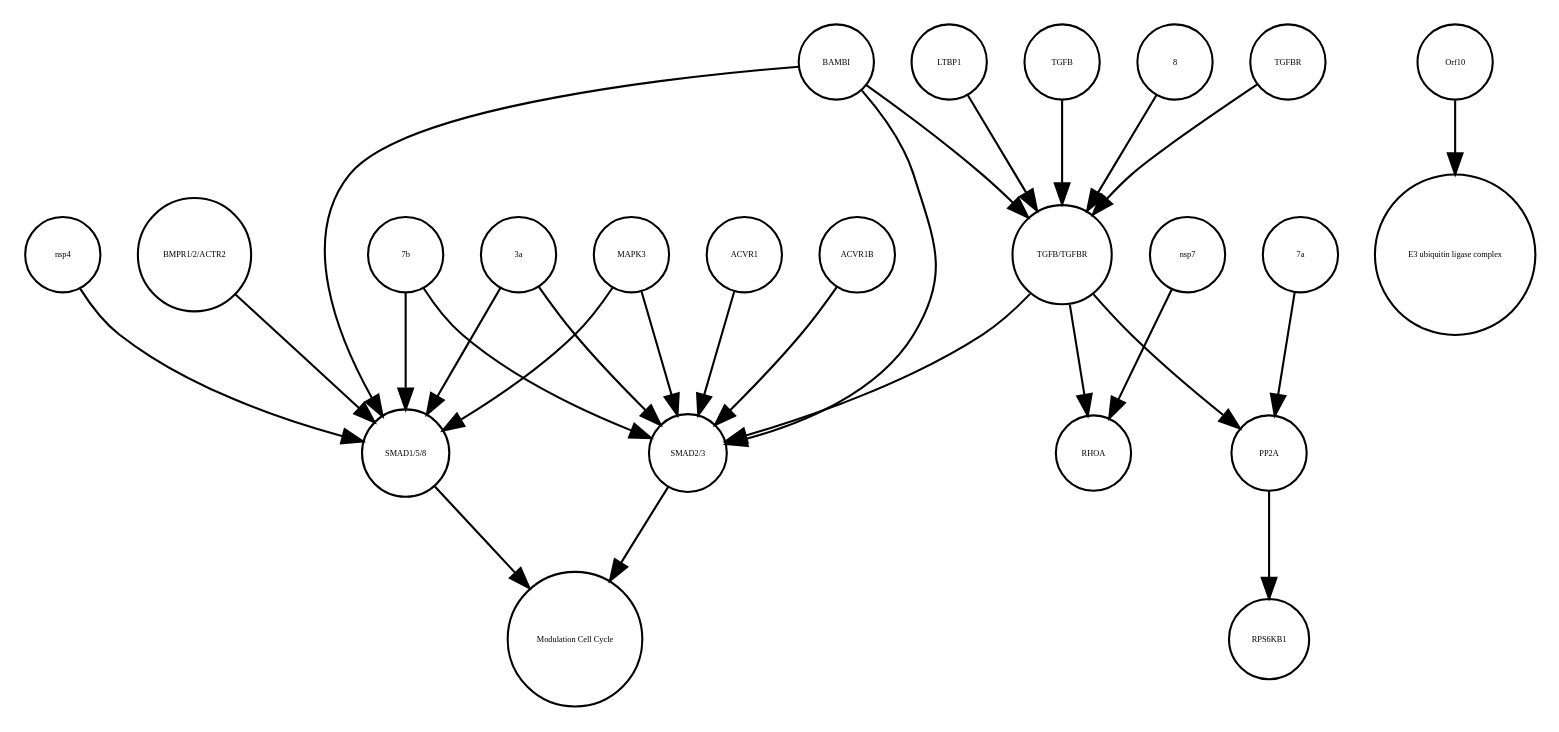
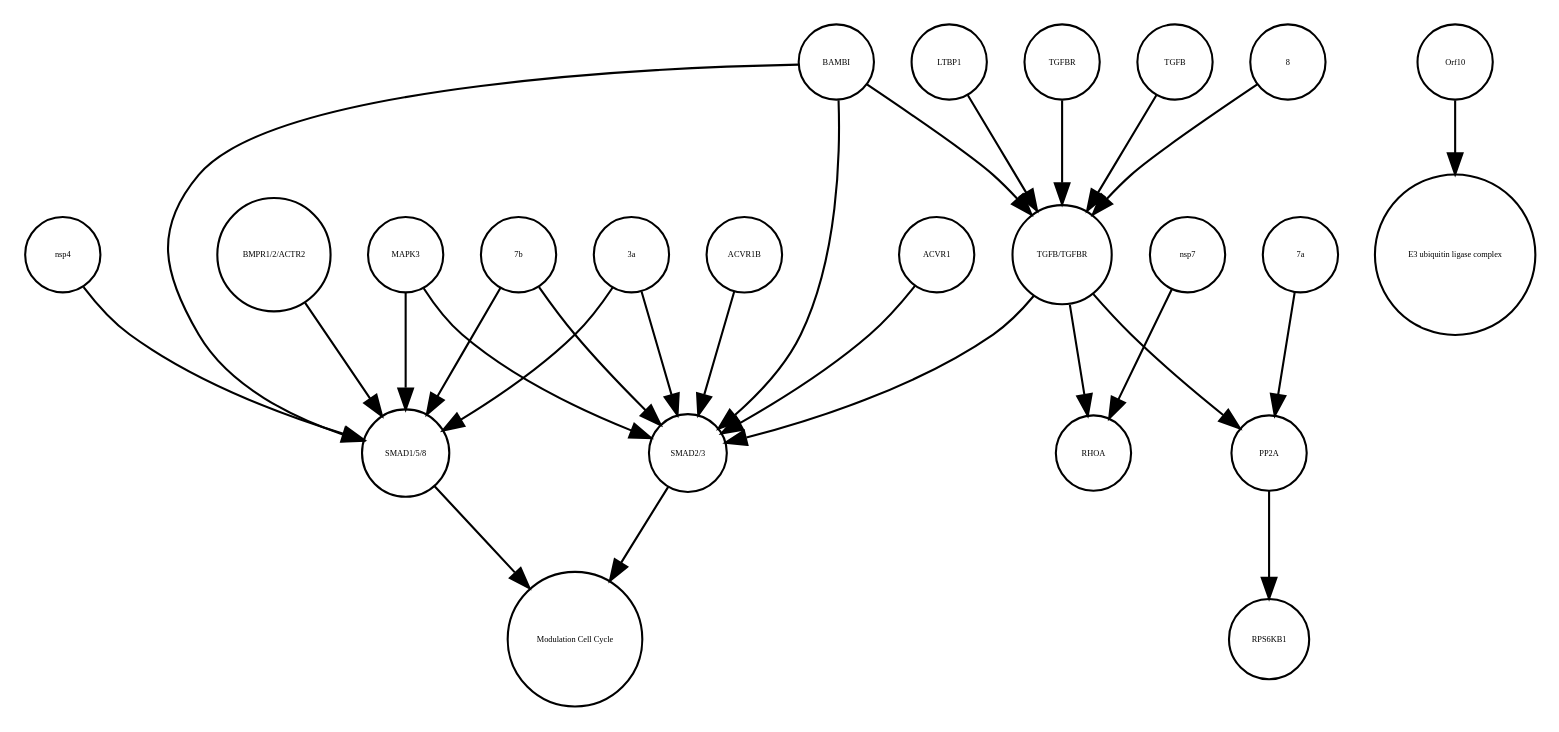
Before and after one commit to cannin/covid19-sbgn: the diagram in TGFB_pathway_stable.xml_projected.dot, drawn with Graphviz. The commit also changed other lines of this file and 564 other files, not shown here.

```diff
--- a/TGFB_pathway_stable.xml_projected.dot
+++ b/TGFB_pathway_stable.xml_projected.dot
@@ -1,51 +1,51 @@
 strict digraph  {
 "SMAD1/5/8" [annotation="", bipartite=0, cls=complex, fontsize=4, label="SMAD1/5/8", shape=circle];
 "Modulation Cell Cycle" [annotation="", bipartite=0, cls=phenotype, fontsize=4, label="Modulation Cell Cycle", shape=circle];
 "SMAD2/3" [annotation="", bipartite=0, cls=complex, fontsize=4, label="SMAD2/3", shape=circle];
+MAPK3 [annotation="", bipartite=0, cls=macromolecule, fontsize=4, label=MAPK3, shape=circle];
+RPS6KB1 [annotation="", bipartite=0, cls=macromolecule, fontsize=4, label=RPS6KB1, shape=circle];
 "E3 ubiquitin ligase complex" [annotation="", bipartite=0, cls=complex, fontsize=4, label="E3 ubiquitin ligase complex", shape=circle];
-RPS6KB1 [annotation="", bipartite=0, cls=macromolecule, fontsize=4, label=RPS6KB1, shape=circle];
+nsp4 [annotation="", bipartite=0, cls=macromolecule, fontsize=4, label=nsp4, shape=circle];
+TGFBR [annotation="", bipartite=0, cls=complex, fontsize=4, label=TGFBR, shape=circle];
 RHOA [annotation="", bipartite=0, cls=macromolecule, fontsize=4, label=RHOA, shape=circle];
 TGFB [annotation="", bipartite=0, cls=macromolecule, fontsize=4, label=TGFB, shape=circle];
-nsp4 [annotation="", bipartite=0, cls=macromolecule, fontsize=4, label=nsp4, shape=circle];
-"BMPR1/2/ACTR2" [annotation="", bipartite=0, cls=complex, fontsize=4, label="BMPR1/2/ACTR2", shape=circle];
 8 [annotation="", bipartite=0, cls=macromolecule, fontsize=4, label=8, shape=circle];
-"7b" [annotation="", bipartite=0, cls=macromolecule, fontsize=4, label="7b", shape=circle];
-ACVR1 [annotation="", bipartite=0, cls=macromolecule, fontsize=4, label=ACVR1, shape=circle];
-"3a" [annotation="", bipartite=0, cls=macromolecule, fontsize=4, label="3a", shape=circle];
+"7a" [annotation="", bipartite=0, cls=macromolecule, fontsize=4, label="7a", shape=circle];
+PP2A [annotation="", bipartite=0, cls=complex, fontsize=4, label=PP2A, shape=circle];
 ACVR1B [annotation="", bipartite=0, cls=macromolecule, fontsize=4, label=ACVR1B, shape=circle];
 BAMBI [annotation="", bipartite=0, cls=macromolecule, fontsize=4, label=BAMBI, shape=circle];
+"BMPR1/2/ACTR2" [annotation="", bipartite=0, cls=complex, fontsize=4, label="BMPR1/2/ACTR2", shape=circle];
+Orf10 [annotation=urn_miriam_ncbiprotein_BCD58762, bipartite=0, cls=macromolecule, fontsize=4, label=Orf10, shape=circle];
+"7b" [annotation="", bipartite=0, cls=macromolecule, fontsize=4, label="7b", shape=circle];
+"3a" [annotation="", bipartite=0, cls=macromolecule, fontsize=4, label="3a", shape=circle];
+nsp7 [annotation="", bipartite=0, cls=macromolecule, fontsize=4, label=nsp7, shape=circle];
+ACVR1 [annotation="", bipartite=0, cls=macromolecule, fontsize=4, label=ACVR1, shape=circle];
+LTBP1 [annotation="", bipartite=0, cls=macromolecule, fontsize=4, label=LTBP1, shape=circle];
 "TGFB/TGFBR" [annotation="", bipartite=0, cls=complex, fontsize=4, label="TGFB/TGFBR", shape=circle];
-MAPK3 [annotation="", bipartite=0, cls=macromolecule, fontsize=4, label=MAPK3, shape=circle];
-PP2A [annotation="", bipartite=0, cls=complex, fontsize=4, label=PP2A, shape=circle];
-Orf10 [annotation=urn_miriam_ncbiprotein_BCD58762, bipartite=0, cls=macromolecule, fontsize=4, label=Orf10, shape=circle];
-nsp7 [annotation="", bipartite=0, cls=macromolecule, fontsize=4, label=nsp7, shape=circle];
-"7a" [annotation="", bipartite=0, cls=macromolecule, fontsize=4, label="7a", shape=circle];
-TGFBR [annotation="", bipartite=0, cls=complex, fontsize=4, label=TGFBR, shape=circle];
-LTBP1 [annotation="", bipartite=0, cls=macromolecule, fontsize=4, label=LTBP1, shape=circle];
 "SMAD1/5/8" -> "Modulation Cell Cycle"  [annotation="", interaction_type=stimulation];
 "SMAD2/3" -> "Modulation Cell Cycle"  [annotation="", interaction_type=stimulation];
+MAPK3 -> "SMAD2/3"  [annotation="urn_miriam_doi_10.1101%2F2020.06.17.156455", interaction_type=inhibition];
+MAPK3 -> "SMAD1/5/8"  [annotation="urn_miriam_doi_10.1101%2F2020.06.17.156455", interaction_type=inhibition];
+nsp4 -> "SMAD1/5/8"  [annotation="urn_miriam_doi_10.1101%2F2020.06.17.156455", interaction_type=stimulation];
+TGFBR -> "TGFB/TGFBR"  [annotation="", interaction_type=production];
 TGFB -> "TGFB/TGFBR"  [annotation="", interaction_type=production];
-nsp4 -> "SMAD1/5/8"  [annotation="urn_miriam_doi_10.1101%2F2020.06.17.156455", interaction_type=stimulation];
+8 -> "TGFB/TGFBR"  [annotation="urn_miriam_doi_10.1101%2F2020.06.17.156455", interaction_type=stimulation];
+"7a" -> PP2A  [annotation="urn_miriam_doi_10.1101%2F2020.03.31.019216", interaction_type=stimulation];
+PP2A -> RPS6KB1  [annotation="", interaction_type=catalysis];
+ACVR1B -> "SMAD2/3"  [annotation="urn_miriam_doi_10.1101%2F2020.06.17.156455", interaction_type=catalysis];
+BAMBI -> "SMAD2/3"  [annotation="urn_miriam_doi_10.1101%2F2020.06.17.156455", interaction_type=inhibition];
+BAMBI -> "TGFB/TGFBR"  [annotation="urn_miriam_doi_10.1101%2F2020.06.17.156455", interaction_type=inhibition];
+BAMBI -> "SMAD1/5/8"  [annotation="urn_miriam_doi_10.1101%2F2020.06.17.156455", interaction_type=inhibition];
 "BMPR1/2/ACTR2" -> "SMAD1/5/8"  [annotation="urn_miriam_doi_10.1101%2F2020.06.17.156455", interaction_type=catalysis];
-8 -> "TGFB/TGFBR"  [annotation="urn_miriam_doi_10.1101%2F2020.06.17.156455", interaction_type=stimulation];
+Orf10 -> "E3 ubiquitin ligase complex"  [annotation="", interaction_type=production];
 "7b" -> "SMAD2/3"  [annotation="urn_miriam_doi_10.1101%2F2020.06.17.156455", interaction_type=stimulation];
 "7b" -> "SMAD1/5/8"  [annotation="urn_miriam_doi_10.1101%2F2020.06.17.156455", interaction_type=stimulation];
-ACVR1 -> "SMAD2/3"  [annotation="urn_miriam_doi_10.1101%2F2020.06.17.156455", interaction_type=catalysis];
 "3a" -> "SMAD2/3"  [annotation="urn_miriam_doi_10.1101%2F2020.06.17.156455", interaction_type=stimulation];
 "3a" -> "SMAD1/5/8"  [annotation="urn_miriam_doi_10.1101%2F2020.06.17.156455", interaction_type=stimulation];
-ACVR1B -> "SMAD2/3"  [annotation="urn_miriam_doi_10.1101%2F2020.06.17.156455", interaction_type=catalysis];
-BAMBI -> "TGFB/TGFBR"  [annotation="urn_miriam_doi_10.1101%2F2020.06.17.156455", interaction_type=inhibition];
-BAMBI -> "SMAD2/3"  [annotation="urn_miriam_doi_10.1101%2F2020.06.17.156455", interaction_type=inhibition];
-BAMBI -> "SMAD1/5/8"  [annotation="urn_miriam_doi_10.1101%2F2020.06.17.156455", interaction_type=inhibition];
+nsp7 -> RHOA  [annotation="urn_miriam_doi_10.1101%2F2020.06.17.156455", interaction_type=stimulation];
+ACVR1 -> "SMAD2/3"  [annotation="urn_miriam_doi_10.1101%2F2020.06.17.156455", interaction_type=catalysis];
+LTBP1 -> "TGFB/TGFBR"  [annotation="urn_miriam_doi_10.1101%2F2020.06.17.156455", interaction_type=inhibition];
+"TGFB/TGFBR" -> "SMAD2/3"  [annotation="urn_miriam_doi_10.1101%2F2020.06.17.156455", interaction_type=stimulation];
 "TGFB/TGFBR" -> RHOA  [annotation="urn_miriam_doi_10.1101%2F2020.06.17.156455", interaction_type=stimulation];
 "TGFB/TGFBR" -> PP2A  [annotation="urn_miriam_doi_10.1101%2F2020.03.31.019216", interaction_type=stimulation];
-"TGFB/TGFBR" -> "SMAD2/3"  [annotation="urn_miriam_doi_10.1101%2F2020.06.17.156455", interaction_type=stimulation];
-MAPK3 -> "SMAD2/3"  [annotation="urn_miriam_doi_10.1101%2F2020.06.17.156455", interaction_type=inhibition];
-MAPK3 -> "SMAD1/5/8"  [annotation="urn_miriam_doi_10.1101%2F2020.06.17.156455", interaction_type=inhibition];
-PP2A -> RPS6KB1  [annotation="", interaction_type=catalysis];
-Orf10 -> "E3 ubiquitin ligase complex"  [annotation="", interaction_type=production];
-nsp7 -> RHOA  [annotation="urn_miriam_doi_10.1101%2F2020.06.17.156455", interaction_type=stimulation];
-"7a" -> PP2A  [annotation="urn_miriam_doi_10.1101%2F2020.03.31.019216", interaction_type=stimulation];
-TGFBR -> "TGFB/TGFBR"  [annotation="", interaction_type=production];
-LTBP1 -> "TGFB/TGFBR"  [annotation="urn_miriam_doi_10.1101%2F2020.06.17.156455", interaction_type=inhibition];
 }
```
